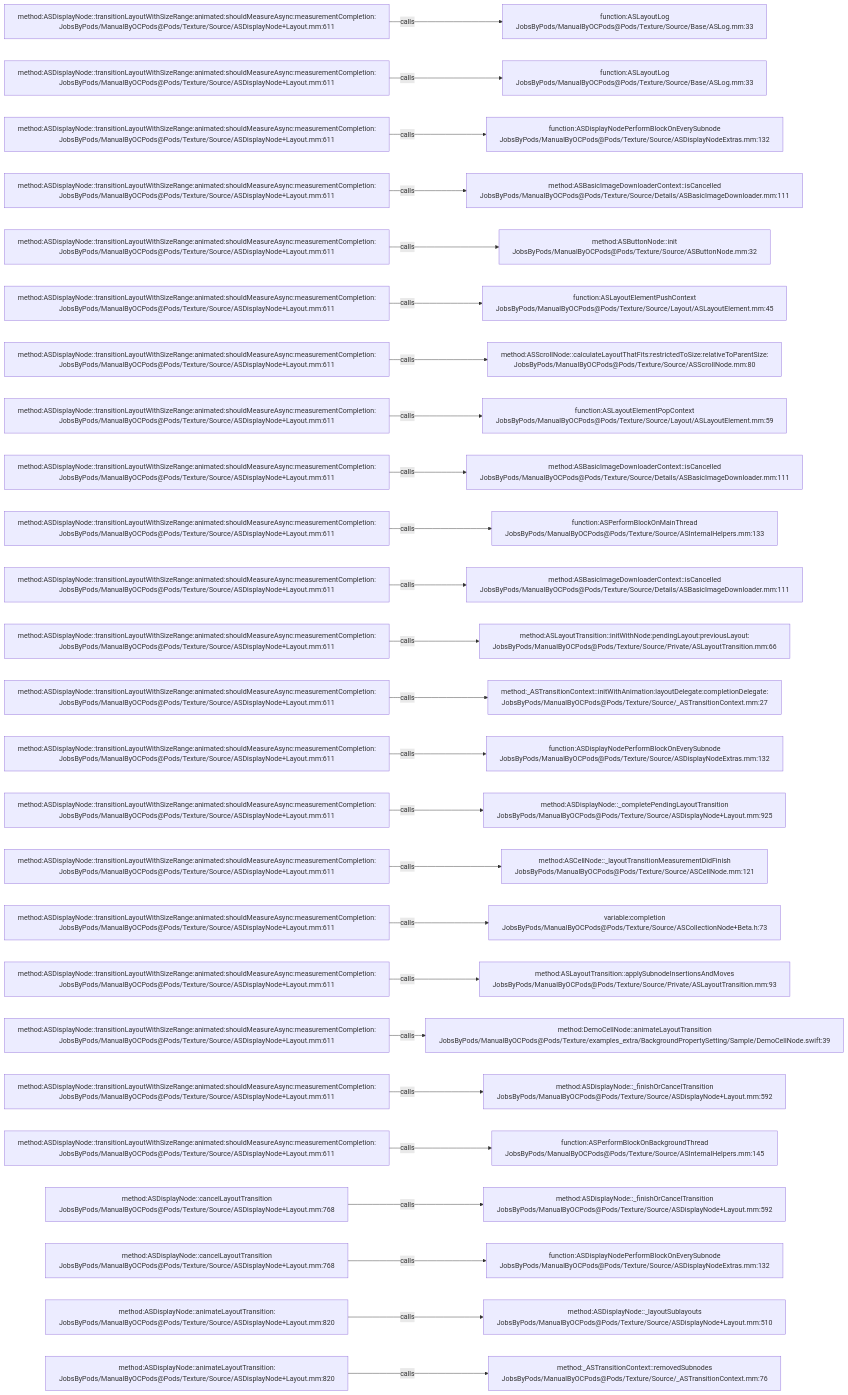
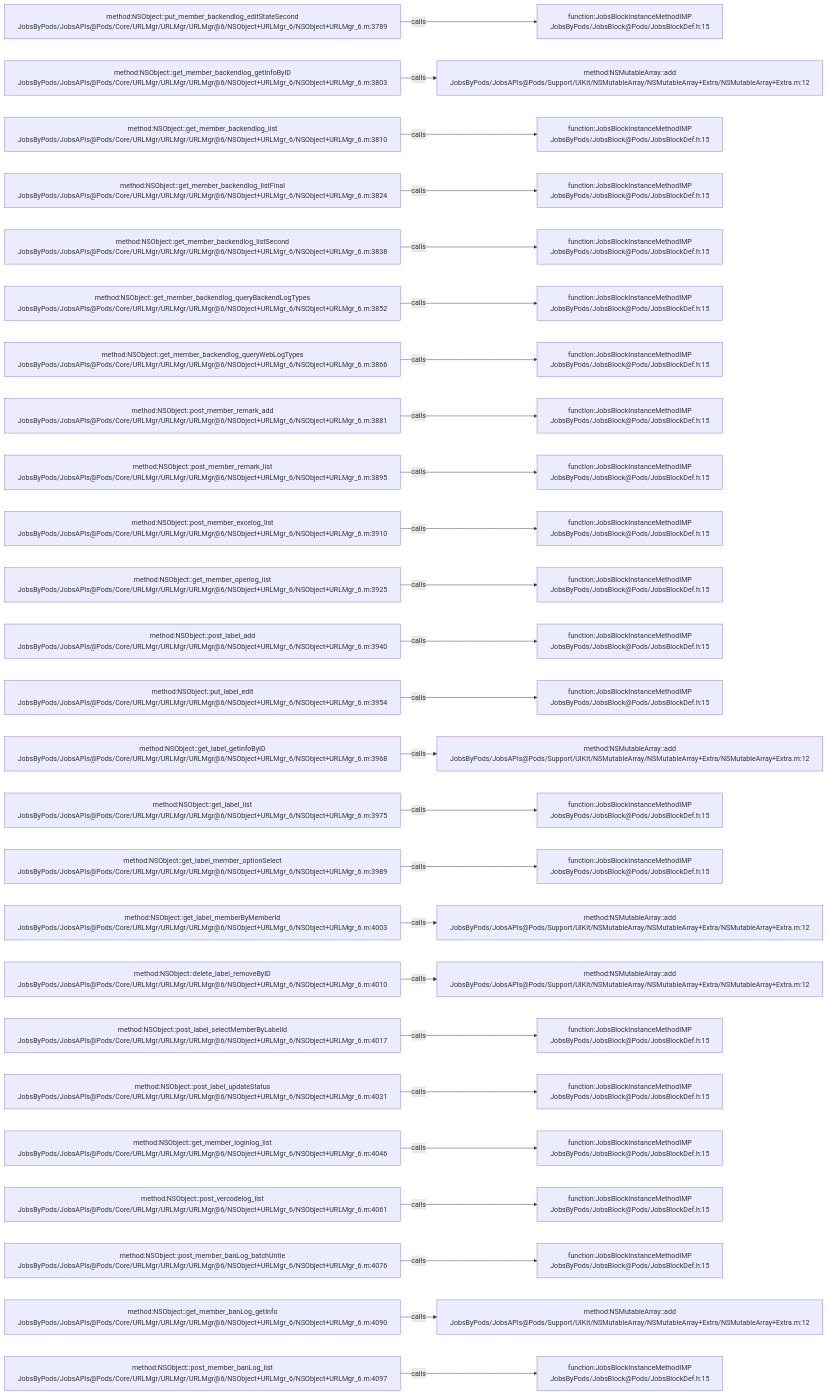
The diagram in .codegraph/codegraph.md/graphs/calls-078.md (JobsKits/JobsOCBaseConfigDemo), drawn with Mermaid before and after one commit. The commit also changed 768 other files, not shown here.

````diff
--- a/.codegraph/codegraph.md/graphs/calls-078.md
+++ b/.codegraph/codegraph.md/graphs/calls-078.md
@@ -13,78 +13,78 @@
 ```mermaid
 flowchart LR
-  S1["method:ASDisplayNode::transitionLayoutWithSizeRange:animated:shouldMeasureAsync:measurementCompletion:<br/>JobsByPods/ManualByOCPods@Pods/Texture/Source/ASDisplayNode+Layout.mm:611"]
-  T1["function:ASLayoutLog<br/>JobsByPods/ManualByOCPods@Pods/Texture/Source/Base/ASLog.mm:33"]
+  S1["method:NSObject::put_member_backendlog_editStateSecond<br/>JobsByPods/JobsAPIs@Pods/Core/URLMgr/URLMgr/URLMgr@6/NSObject+URLMgr_6/NSObject+URLMgr_6.m:3789"]
+  T1["function:JobsBlockInstanceMethodIMP<br/>JobsByPods/JobsBlock@Pods/JobsBlockDef.h:15"]
   S1 -->|calls| T1
-  S2["method:ASDisplayNode::transitionLayoutWithSizeRange:animated:shouldMeasureAsync:measurementCompletion:<br/>JobsByPods/ManualByOCPods@Pods/Texture/Source/ASDisplayNode+Layout.mm:611"]
-  T2["function:ASLayoutLog<br/>JobsByPods/ManualByOCPods@Pods/Texture/Source/Base/ASLog.mm:33"]
+  S2["method:NSObject::get_member_backendlog_getInfoByID<br/>JobsByPods/JobsAPIs@Pods/Core/URLMgr/URLMgr/URLMgr@6/NSObject+URLMgr_6/NSObject+URLMgr_6.m:3803"]
+  T2["method:NSMutableArray::add<br/>JobsByPods/JobsAPIs@Pods/Support/UIKit/NSMutableArray/NSMutableArray+Extra/NSMutableArray+Extra.m:12"]
   S2 -->|calls| T2
-  S3["method:ASDisplayNode::transitionLayoutWithSizeRange:animated:shouldMeasureAsync:measurementCompletion:<br/>JobsByPods/ManualByOCPods@Pods/Texture/Source/ASDisplayNode+Layout.mm:611"]
-  T3["function:ASDisplayNodePerformBlockOnEverySubnode<br/>JobsByPods/ManualByOCPods@Pods/Texture/Source/ASDisplayNodeExtras.mm:132"]
+  S3["method:NSObject::get_member_backendlog_list<br/>JobsByPods/JobsAPIs@Pods/Core/URLMgr/URLMgr/URLMgr@6/NSObject+URLMgr_6/NSObject+URLMgr_6.m:3810"]
+  T3["function:JobsBlockInstanceMethodIMP<br/>JobsByPods/JobsBlock@Pods/JobsBlockDef.h:15"]
   S3 -->|calls| T3
-  S4["method:ASDisplayNode::transitionLayoutWithSizeRange:animated:shouldMeasureAsync:measurementCompletion:<br/>JobsByPods/ManualByOCPods@Pods/Texture/Source/ASDisplayNode+Layout.mm:611"]
-  T4["method:ASBasicImageDownloaderContext::isCancelled<br/>JobsByPods/ManualByOCPods@Pods/Texture/Source/Details/ASBasicImageDownloader.mm:111"]
+  S4["method:NSObject::get_member_backendlog_listFinal<br/>JobsByPods/JobsAPIs@Pods/Core/URLMgr/URLMgr/URLMgr@6/NSObject+URLMgr_6/NSObject+URLMgr_6.m:3824"]
+  T4["function:JobsBlockInstanceMethodIMP<br/>JobsByPods/JobsBlock@Pods/JobsBlockDef.h:15"]
   S4 -->|calls| T4
-  S5["method:ASDisplayNode::transitionLayoutWithSizeRange:animated:shouldMeasureAsync:measurementCompletion:<br/>JobsByPods/ManualByOCPods@Pods/Texture/Source/ASDisplayNode+Layout.mm:611"]
-  T5["method:ASButtonNode::init<br/>JobsByPods/ManualByOCPods@Pods/Texture/Source/ASButtonNode.mm:32"]
+  S5["method:NSObject::get_member_backendlog_listSecond<br/>JobsByPods/JobsAPIs@Pods/Core/URLMgr/URLMgr/URLMgr@6/NSObject+URLMgr_6/NSObject+URLMgr_6.m:3838"]
+  T5["function:JobsBlockInstanceMethodIMP<br/>JobsByPods/JobsBlock@Pods/JobsBlockDef.h:15"]
   S5 -->|calls| T5
-  S6["method:ASDisplayNode::transitionLayoutWithSizeRange:animated:shouldMeasureAsync:measurementCompletion:<br/>JobsByPods/ManualByOCPods@Pods/Texture/Source/ASDisplayNode+Layout.mm:611"]
-  T6["function:ASLayoutElementPushContext<br/>JobsByPods/ManualByOCPods@Pods/Texture/Source/Layout/ASLayoutElement.mm:45"]
+  S6["method:NSObject::get_member_backendlog_queryBackendLogTypes<br/>JobsByPods/JobsAPIs@Pods/Core/URLMgr/URLMgr/URLMgr@6/NSObject+URLMgr_6/NSObject+URLMgr_6.m:3852"]
+  T6["function:JobsBlockInstanceMethodIMP<br/>JobsByPods/JobsBlock@Pods/JobsBlockDef.h:15"]
   S6 -->|calls| T6
-  S7["method:ASDisplayNode::transitionLayoutWithSizeRange:animated:shouldMeasureAsync:measurementCompletion:<br/>JobsByPods/ManualByOCPods@Pods/Texture/Source/ASDisplayNode+Layout.mm:611"]
-  T7["method:ASScrollNode::calculateLayoutThatFits:restrictedToSize:relativeToParentSize:<br/>JobsByPods/ManualByOCPods@Pods/Texture/Source/ASScrollNode.mm:80"]
+  S7["method:NSObject::get_member_backendlog_queryWebLogTypes<br/>JobsByPods/JobsAPIs@Pods/Core/URLMgr/URLMgr/URLMgr@6/NSObject+URLMgr_6/NSObject+URLMgr_6.m:3866"]
+  T7["function:JobsBlockInstanceMethodIMP<br/>JobsByPods/JobsBlock@Pods/JobsBlockDef.h:15"]
   S7 -->|calls| T7
-  S8["method:ASDisplayNode::transitionLayoutWithSizeRange:animated:shouldMeasureAsync:measurementCompletion:<br/>JobsByPods/ManualByOCPods@Pods/Texture/Source/ASDisplayNode+Layout.mm:611"]
-  T8["function:ASLayoutElementPopContext<br/>JobsByPods/ManualByOCPods@Pods/Texture/Source/Layout/ASLayoutElement.mm:59"]
+  S8["method:NSObject::post_member_remark_add<br/>JobsByPods/JobsAPIs@Pods/Core/URLMgr/URLMgr/URLMgr@6/NSObject+URLMgr_6/NSObject+URLMgr_6.m:3881"]
+  T8["function:JobsBlockInstanceMethodIMP<br/>JobsByPods/JobsBlock@Pods/JobsBlockDef.h:15"]
   S8 -->|calls| T8
-  S9["method:ASDisplayNode::transitionLayoutWithSizeRange:animated:shouldMeasureAsync:measurementCompletion:<br/>JobsByPods/ManualByOCPods@Pods/Texture/Source/ASDisplayNode+Layout.mm:611"]
-  T9["method:ASBasicImageDownloaderContext::isCancelled<br/>JobsByPods/ManualByOCPods@Pods/Texture/Source/Details/ASBasicImageDownloader.mm:111"]
+  S9["method:NSObject::post_member_remark_list<br/>JobsByPods/JobsAPIs@Pods/Core/URLMgr/URLMgr/URLMgr@6/NSObject+URLMgr_6/NSObject+URLMgr_6.m:3895"]
+  T9["function:JobsBlockInstanceMethodIMP<br/>JobsByPods/JobsBlock@Pods/JobsBlockDef.h:15"]
   S9 -->|calls| T9
-  S10["method:ASDisplayNode::transitionLayoutWithSizeRange:animated:shouldMeasureAsync:measurementCompletion:<br/>JobsByPods/ManualByOCPods@Pods/Texture/Source/ASDisplayNode+Layout.mm:611"]
-  T10["function:ASPerformBlockOnMainThread<br/>JobsByPods/ManualByOCPods@Pods/Texture/Source/ASInternalHelpers.mm:133"]
+  S10["method:NSObject::post_member_excelog_list<br/>JobsByPods/JobsAPIs@Pods/Core/URLMgr/URLMgr/URLMgr@6/NSObject+URLMgr_6/NSObject+URLMgr_6.m:3910"]
+  T10["function:JobsBlockInstanceMethodIMP<br/>JobsByPods/JobsBlock@Pods/JobsBlockDef.h:15"]
   S10 -->|calls| T10
-  S11["method:ASDisplayNode::transitionLayoutWithSizeRange:animated:shouldMeasureAsync:measurementCompletion:<br/>JobsByPods/ManualByOCPods@Pods/Texture/Source/ASDisplayNode+Layout.mm:611"]
-  T11["method:ASBasicImageDownloaderContext::isCancelled<br/>JobsByPods/ManualByOCPods@Pods/Texture/Source/Details/ASBasicImageDownloader.mm:111"]
+  S11["method:NSObject::get_member_operlog_list<br/>JobsByPods/JobsAPIs@Pods/Core/URLMgr/URLMgr/URLMgr@6/NSObject+URLMgr_6/NSObject+URLMgr_6.m:3925"]
+  T11["function:JobsBlockInstanceMethodIMP<br/>JobsByPods/JobsBlock@Pods/JobsBlockDef.h:15"]
   S11 -->|calls| T11
-  S12["method:ASDisplayNode::transitionLayoutWithSizeRange:animated:shouldMeasureAsync:measurementCompletion:<br/>JobsByPods/ManualByOCPods@Pods/Texture/Source/ASDisplayNode+Layout.mm:611"]
-  T12["method:ASLayoutTransition::initWithNode:pendingLayout:previousLayout:<br/>JobsByPods/ManualByOCPods@Pods/Texture/Source/Private/ASLayoutTransition.mm:66"]
+  S12["method:NSObject::post_label_add<br/>JobsByPods/JobsAPIs@Pods/Core/URLMgr/URLMgr/URLMgr@6/NSObject+URLMgr_6/NSObject+URLMgr_6.m:3940"]
+  T12["function:JobsBlockInstanceMethodIMP<br/>JobsByPods/JobsBlock@Pods/JobsBlockDef.h:15"]
   S12 -->|calls| T12
-  S13["method:ASDisplayNode::transitionLayoutWithSizeRange:animated:shouldMeasureAsync:measurementCompletion:<br/>JobsByPods/ManualByOCPods@Pods/Texture/Source/ASDisplayNode+Layout.mm:611"]
-  T13["method:_ASTransitionContext::initWithAnimation:layoutDelegate:completionDelegate:<br/>JobsByPods/ManualByOCPods@Pods/Texture/Source/_ASTransitionContext.mm:27"]
+  S13["method:NSObject::put_label_edit<br/>JobsByPods/JobsAPIs@Pods/Core/URLMgr/URLMgr/URLMgr@6/NSObject+URLMgr_6/NSObject+URLMgr_6.m:3954"]
+  T13["function:JobsBlockInstanceMethodIMP<br/>JobsByPods/JobsBlock@Pods/JobsBlockDef.h:15"]
   S13 -->|calls| T13
-  S14["method:ASDisplayNode::transitionLayoutWithSizeRange:animated:shouldMeasureAsync:measurementCompletion:<br/>JobsByPods/ManualByOCPods@Pods/Texture/Source/ASDisplayNode+Layout.mm:611"]
-  T14["function:ASDisplayNodePerformBlockOnEverySubnode<br/>JobsByPods/ManualByOCPods@Pods/Texture/Source/ASDisplayNodeExtras.mm:132"]
+  S14["method:NSObject::get_label_getInfoByID<br/>JobsByPods/JobsAPIs@Pods/Core/URLMgr/URLMgr/URLMgr@6/NSObject+URLMgr_6/NSObject+URLMgr_6.m:3968"]
+  T14["method:NSMutableArray::add<br/>JobsByPods/JobsAPIs@Pods/Support/UIKit/NSMutableArray/NSMutableArray+Extra/NSMutableArray+Extra.m:12"]
   S14 -->|calls| T14
-  S15["method:ASDisplayNode::transitionLayoutWithSizeRange:animated:shouldMeasureAsync:measurementCompletion:<br/>JobsByPods/ManualByOCPods@Pods/Texture/Source/ASDisplayNode+Layout.mm:611"]
-  T15["method:ASDisplayNode::_completePendingLayoutTransition<br/>JobsByPods/ManualByOCPods@Pods/Texture/Source/ASDisplayNode+Layout.mm:925"]
+  S15["method:NSObject::get_label_list<br/>JobsByPods/JobsAPIs@Pods/Core/URLMgr/URLMgr/URLMgr@6/NSObject+URLMgr_6/NSObject+URLMgr_6.m:3975"]
+  T15["function:JobsBlockInstanceMethodIMP<br/>JobsByPods/JobsBlock@Pods/JobsBlockDef.h:15"]
   S15 -->|calls| T15
-  S16["method:ASDisplayNode::transitionLayoutWithSizeRange:animated:shouldMeasureAsync:measurementCompletion:<br/>JobsByPods/ManualByOCPods@Pods/Texture/Source/ASDisplayNode+Layout.mm:611"]
-  T16["method:ASCellNode::_layoutTransitionMeasurementDidFinish<br/>JobsByPods/ManualByOCPods@Pods/Texture/Source/ASCellNode.mm:121"]
+  S16["method:NSObject::get_label_member_optionSelect<br/>JobsByPods/JobsAPIs@Pods/Core/URLMgr/URLMgr/URLMgr@6/NSObject+URLMgr_6/NSObject+URLMgr_6.m:3989"]
+  T16["function:JobsBlockInstanceMethodIMP<br/>JobsByPods/JobsBlock@Pods/JobsBlockDef.h:15"]
   S16 -->|calls| T16
-  S17["method:ASDisplayNode::transitionLayoutWithSizeRange:animated:shouldMeasureAsync:measurementCompletion:<br/>JobsByPods/ManualByOCPods@Pods/Texture/Source/ASDisplayNode+Layout.mm:611"]
-  T17["variable:completion<br/>JobsByPods/ManualByOCPods@Pods/Texture/Source/ASCollectionNode+Beta.h:73"]
+  S17["method:NSObject::get_label_memberByMemberId<br/>JobsByPods/JobsAPIs@Pods/Core/URLMgr/URLMgr/URLMgr@6/NSObject+URLMgr_6/NSObject+URLMgr_6.m:4003"]
+  T17["method:NSMutableArray::add<br/>JobsByPods/JobsAPIs@Pods/Support/UIKit/NSMutableArray/NSMutableArray+Extra/NSMutableArray+Extra.m:12"]
   S17 -->|calls| T17
-  S18["method:ASDisplayNode::transitionLayoutWithSizeRange:animated:shouldMeasureAsync:measurementCompletion:<br/>JobsByPods/ManualByOCPods@Pods/Texture/Source/ASDisplayNode+Layout.mm:611"]
-  T18["method:ASLayoutTransition::applySubnodeInsertionsAndMoves<br/>JobsByPods/ManualByOCPods@Pods/Texture/Source/Private/ASLayoutTransition.mm:93"]
+  S18["method:NSObject::delete_label_removeByID<br/>JobsByPods/JobsAPIs@Pods/Core/URLMgr/URLMgr/URLMgr@6/NSObject+URLMgr_6/NSObject+URLMgr_6.m:4010"]
+  T18["method:NSMutableArray::add<br/>JobsByPods/JobsAPIs@Pods/Support/UIKit/NSMutableArray/NSMutableArray+Extra/NSMutableArray+Extra.m:12"]
   S18 -->|calls| T18
-  S19["method:ASDisplayNode::transitionLayoutWithSizeRange:animated:shouldMeasureAsync:measurementCompletion:<br/>JobsByPods/ManualByOCPods@Pods/Texture/Source/ASDisplayNode+Layout.mm:611"]
-  T19["method:DemoCellNode::animateLayoutTransition<br/>JobsByPods/ManualByOCPods@Pods/Texture/examples_extra/BackgroundPropertySetting/Sample/DemoCellNode.swift:39"]
+  S19["method:NSObject::post_label_selectMemberByLabelId<br/>JobsByPods/JobsAPIs@Pods/Core/URLMgr/URLMgr/URLMgr@6/NSObject+URLMgr_6/NSObject+URLMgr_6.m:4017"]
+  T19["function:JobsBlockInstanceMethodIMP<br/>JobsByPods/JobsBlock@Pods/JobsBlockDef.h:15"]
   S19 -->|calls| T19
-  S20["method:ASDisplayNode::transitionLayoutWithSizeRange:animated:shouldMeasureAsync:measurementCompletion:<br/>JobsByPods/ManualByOCPods@Pods/Texture/Source/ASDisplayNode+Layout.mm:611"]
-  T20["method:ASDisplayNode::_finishOrCancelTransition<br/>JobsByPods/ManualByOCPods@Pods/Texture/Source/ASDisplayNode+Layout.mm:592"]
+  S20["method:NSObject::post_label_updateStatus<br/>JobsByPods/JobsAPIs@Pods/Core/URLMgr/URLMgr/URLMgr@6/NSObject+URLMgr_6/NSObject+URLMgr_6.m:4031"]
+  T20["function:JobsBlockInstanceMethodIMP<br/>JobsByPods/JobsBlock@Pods/JobsBlockDef.h:15"]
   S20 -->|calls| T20
-  S21["method:ASDisplayNode::transitionLayoutWithSizeRange:animated:shouldMeasureAsync:measurementCompletion:<br/>JobsByPods/ManualByOCPods@Pods/Texture/Source/ASDisplayNode+Layout.mm:611"]
-  T21["function:ASPerformBlockOnBackgroundThread<br/>JobsByPods/ManualByOCPods@Pods/Texture/Source/ASInternalHelpers.mm:145"]
+  S21["method:NSObject::get_member_loginlog_list<br/>JobsByPods/JobsAPIs@Pods/Core/URLMgr/URLMgr/URLMgr@6/NSObject+URLMgr_6/NSObject+URLMgr_6.m:4046"]
+  T21["function:JobsBlockInstanceMethodIMP<br/>JobsByPods/JobsBlock@Pods/JobsBlockDef.h:15"]
   S21 -->|calls| T21
-  S22["method:ASDisplayNode::cancelLayoutTransition<br/>JobsByPods/ManualByOCPods@Pods/Texture/Source/ASDisplayNode+Layout.mm:768"]
-  T22["method:ASDisplayNode::_finishOrCancelTransition<br/>JobsByPods/ManualByOCPods@Pods/Texture/Source/ASDisplayNode+Layout.mm:592"]
+  S22["method:NSObject::post_vercodelog_list<br/>JobsByPods/JobsAPIs@Pods/Core/URLMgr/URLMgr/URLMgr@6/NSObject+URLMgr_6/NSObject+URLMgr_6.m:4061"]
+  T22["function:JobsBlockInstanceMethodIMP<br/>JobsByPods/JobsBlock@Pods/JobsBlockDef.h:15"]
   S22 -->|calls| T22
-  S23["method:ASDisplayNode::cancelLayoutTransition<br/>JobsByPods/ManualByOCPods@Pods/Texture/Source/ASDisplayNode+Layout.mm:768"]
-  T23["function:ASDisplayNodePerformBlockOnEverySubnode<br/>JobsByPods/ManualByOCPods@Pods/Texture/Source/ASDisplayNodeExtras.mm:132"]
+  S23["method:NSObject::post_member_banLog_batchUntie<br/>JobsByPods/JobsAPIs@Pods/Core/URLMgr/URLMgr/URLMgr@6/NSObject+URLMgr_6/NSObject+URLMgr_6.m:4076"]
+  T23["function:JobsBlockInstanceMethodIMP<br/>JobsByPods/JobsBlock@Pods/JobsBlockDef.h:15"]
   S23 -->|calls| T23
-  S24["method:ASDisplayNode::animateLayoutTransition:<br/>JobsByPods/ManualByOCPods@Pods/Texture/Source/ASDisplayNode+Layout.mm:820"]
-  T24["method:ASDisplayNode::_layoutSublayouts<br/>JobsByPods/ManualByOCPods@Pods/Texture/Source/ASDisplayNode+Layout.mm:510"]
+  S24["method:NSObject::get_member_banLog_getInfo<br/>JobsByPods/JobsAPIs@Pods/Core/URLMgr/URLMgr/URLMgr@6/NSObject+URLMgr_6/NSObject+URLMgr_6.m:4090"]
+  T24["method:NSMutableArray::add<br/>JobsByPods/JobsAPIs@Pods/Support/UIKit/NSMutableArray/NSMutableArray+Extra/NSMutableArray+Extra.m:12"]
   S24 -->|calls| T24
-  S25["method:ASDisplayNode::animateLayoutTransition:<br/>JobsByPods/ManualByOCPods@Pods/Texture/Source/ASDisplayNode+Layout.mm:820"]
-  T25["method:_ASTransitionContext::removedSubnodes<br/>JobsByPods/ManualByOCPods@Pods/Texture/Source/_ASTransitionContext.mm:76"]
+  S25["method:NSObject::post_member_banLog_list<br/>JobsByPods/JobsAPIs@Pods/Core/URLMgr/URLMgr/URLMgr@6/NSObject+URLMgr_6/NSObject+URLMgr_6.m:4097"]
+  T25["function:JobsBlockInstanceMethodIMP<br/>JobsByPods/JobsBlock@Pods/JobsBlockDef.h:15"]
   S25 -->|calls| T25
 ```
````
